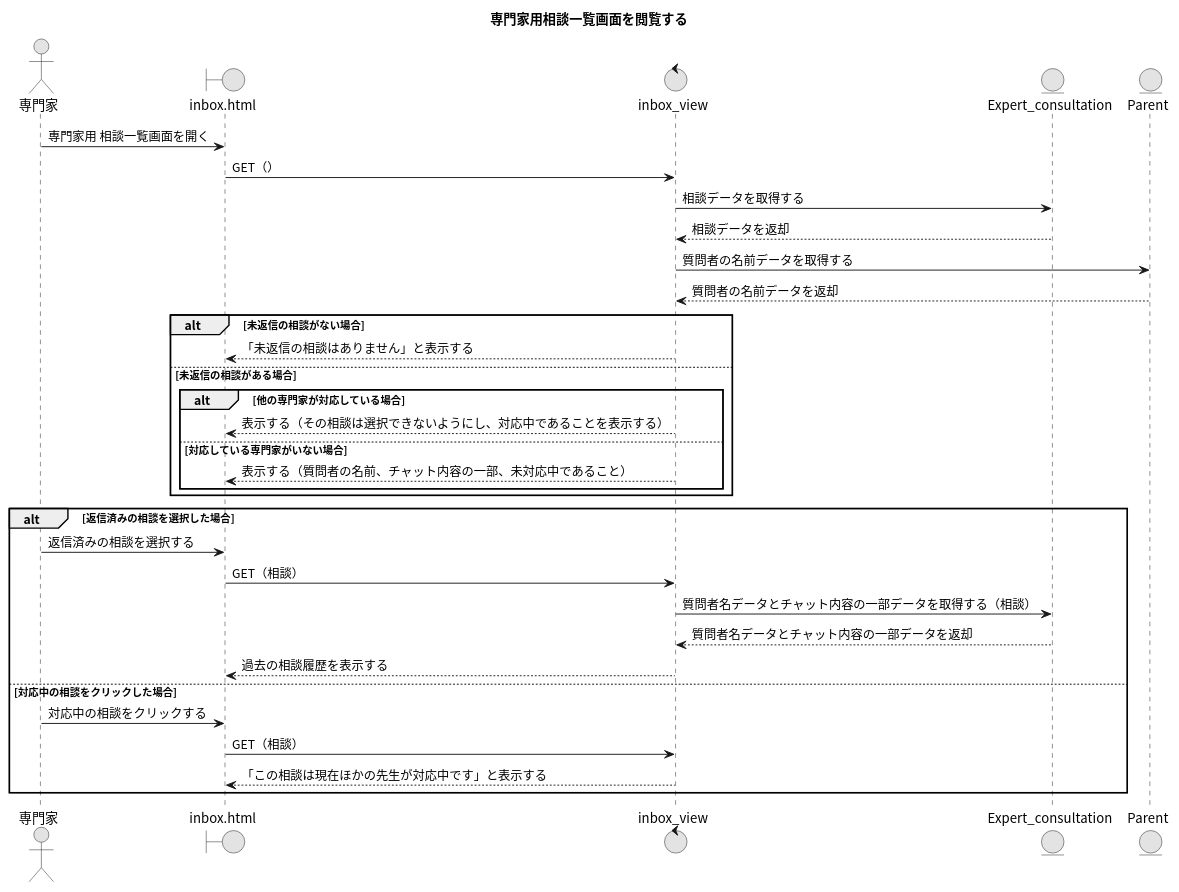
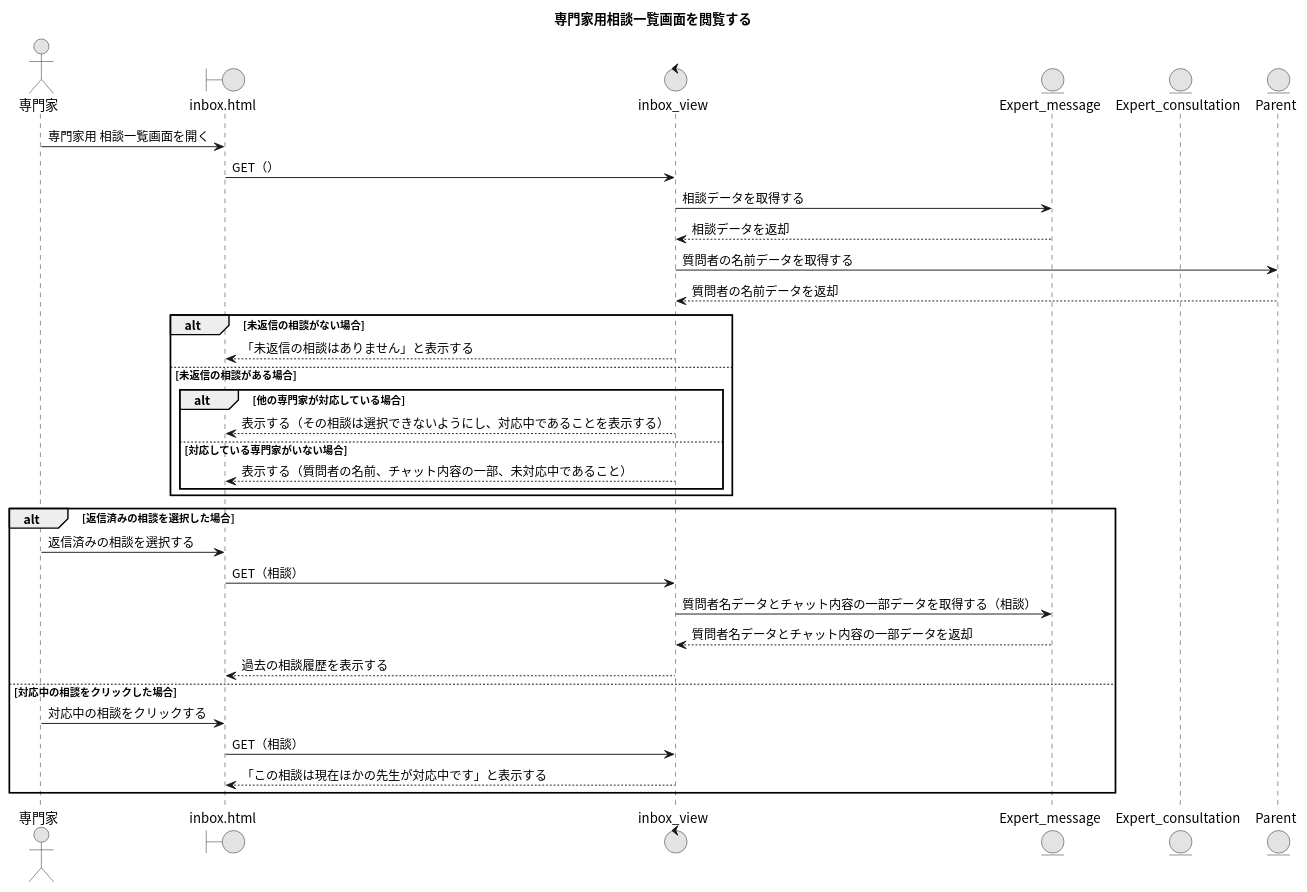
One commit to Ma2naga190330/26_sotugyou_puml changed the diagram in 11_専門家用相談一覧画面を閲覧する.puml. Above: the diagram before and after it, drawn with PlantUML. The commit also changed 1 other file, not shown here.

```diff
--- a/11_専門家用相談一覧画面を閲覧する.puml
+++ b/11_専門家用相談一覧画面を閲覧する.puml
@@ -1,40 +1,41 @@
 @startuml
 title 専門家用相談一覧画面を閲覧する
 skinparam defaultFontName "Noto Sans CJK JP"
 skinparam monochrome true
 
 actor "専門家" as A
 boundary "inbox.html" as IBP
 control "inbox_view" as IBV
+entity "Expert_message" as EMEM
 entity "Expert_consultation" as ECSM
 entity "Parent" as UM
 
 ' 最初の画面表示（起点の操作は記述にない）
 A -> IBP : 専門家用 相談一覧画面を開く
 IBP -> IBV : GET（）
-IBV -> ECSM : 相談データを取得する
-IBV <-- ECSM : 相談データを返却
+IBV -> EMEM : 相談データを取得する
+IBV <-- EMEM : 相談データを返却
 IBV -> UM : 質問者の名前データを取得する
 IBV <-- UM : 質問者の名前データを返却
 alt 未返信の相談がない場合
   IBV --> IBP : 「未返信の相談はありません」と表示する
 else 未返信の相談がある場合
   alt 他の専門家が対応している場合
     IBV --> IBP : 表示する（その相談は選択できないようにし、対応中であることを表示する）
   else 対応している専門家がいない場合
     IBV --> IBP : 表示する（質問者の名前、チャット内容の一部、未対応中であること）
   end
 end
 
 alt 返信済みの相談を選択した場合
   A -> IBP : 返信済みの相談を選択する
   IBP -> IBV : GET（相談）
-  IBV -> ECSM : 質問者名データとチャット内容の一部データを取得する（相談）
-  IBV <-- ECSM : 質問者名データとチャット内容の一部データを返却
+  IBV -> EMEM : 質問者名データとチャット内容の一部データを取得する（相談）
+  IBV <-- EMEM : 質問者名データとチャット内容の一部データを返却
   IBV --> IBP : 過去の相談履歴を表示する
 else 対応中の相談をクリックした場合
   A -> IBP : 対応中の相談をクリックする
   IBP -> IBV : GET（相談）
   IBV --> IBP : 「この相談は現在ほかの先生が対応中です」と表示する
 end
 @enduml
```
